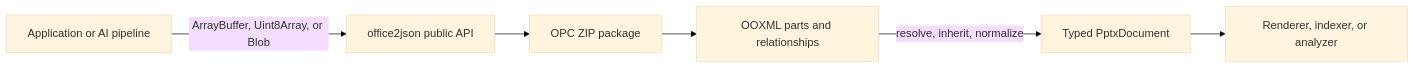
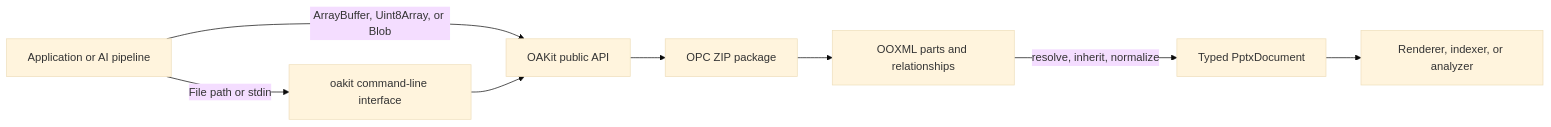
Before and after one commit to evoelsewhere/oakit: the first of 4 diagrams in docs/architecture.md, drawn with Mermaid (base theme). The commit also changed other lines of this file and 3 other files, not shown here.

````diff
--- a/docs/architecture.md
+++ b/docs/architecture.md
@@ -40,15 +40,18 @@
 ```mermaid
 flowchart LR
     Consumer["Application or AI pipeline"]
-    API["office2json public API"]
+    CLI["oakit command-line interface"]
+    API["OAKit public API"]
     ZIP["OPC ZIP package"]
     XML["OOXML parts and relationships"]
     Model["Typed PptxDocument"]
     Renderer["Renderer, indexer, or analyzer"]
 
     Consumer -->|"ArrayBuffer, Uint8Array, or Blob"| API
+    Consumer -->|"File path or stdin"| CLI
+    CLI --> API
     API --> ZIP
     ZIP --> XML
     XML -->|"resolve, inherit, normalize"| Model
     Model --> Renderer
 ```
````
